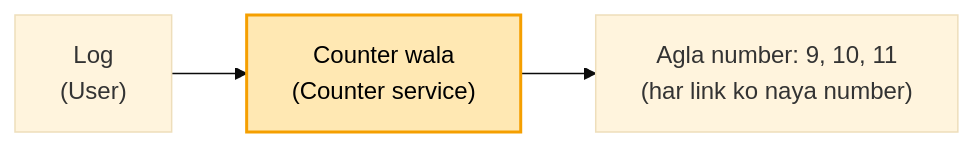
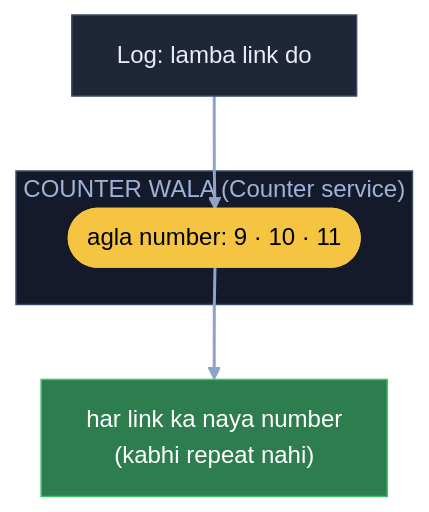
One commit to ArpanMaheshwari144/Prep changed the first of 13 diagrams in 04_HLD/SYSTEM_DESIGNS/01_url_shortener/01_url_shortener.md. Above: the diagram before and after it, drawn with Mermaid (base theme). The commit also changed other lines of this file, not shown here.

Commit message:
URL shortener: 13 diagram YouTube (reel) wale card andaaz me

````diff
--- a/04_HLD/SYSTEM_DESIGNS/01_url_shortener/01_url_shortener.md
+++ b/04_HLD/SYSTEM_DESIGNS/01_url_shortener/01_url_shortener.md
@@ -33,6 +33,16 @@
 ```mermaid
-flowchart LR
-    U["Log<br/>(User)"] --> C["Counter wala<br/>(Counter service)"]
-    C --> N["Agla number: 9, 10, 11<br/>(har link ko naya number)"]
-    style C fill:#ffe8b3,stroke:#f59f00,stroke-width:2px,color:#000
+flowchart TB
+    U["Log: lamba link do"]:::card
+    subgraph C["COUNTER WALA (Counter service)"]
+        N(["agla number: 9 · 10 · 11"]):::pill
+    end
+    T["har link ka naya number<br/>(kabhi repeat nahi)"]:::good
+    U --> N
+    N --> T
+    linkStyle default stroke:#8fa3c7,stroke-width:2px
+    classDef card fill:#1e2638,stroke:#3a4a6b,color:#e8ecf5
+    classDef pill fill:#f5c542,stroke:#f5c542,color:#000
+    classDef good fill:#2e7d4f,stroke:#3fbf6f,color:#fff
+    classDef bad fill:#5c1f24,stroke:#e05561,color:#fff
+    style C fill:#141a29,stroke:#3a4a6b,color:#9fb3d9
 ```
````
